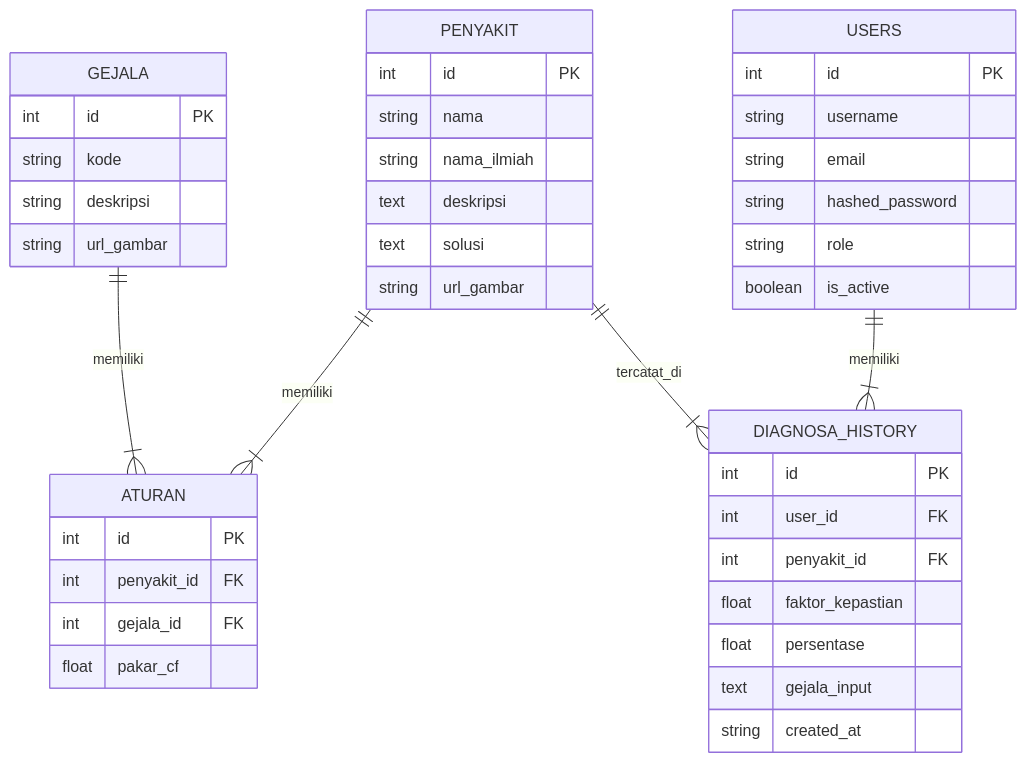
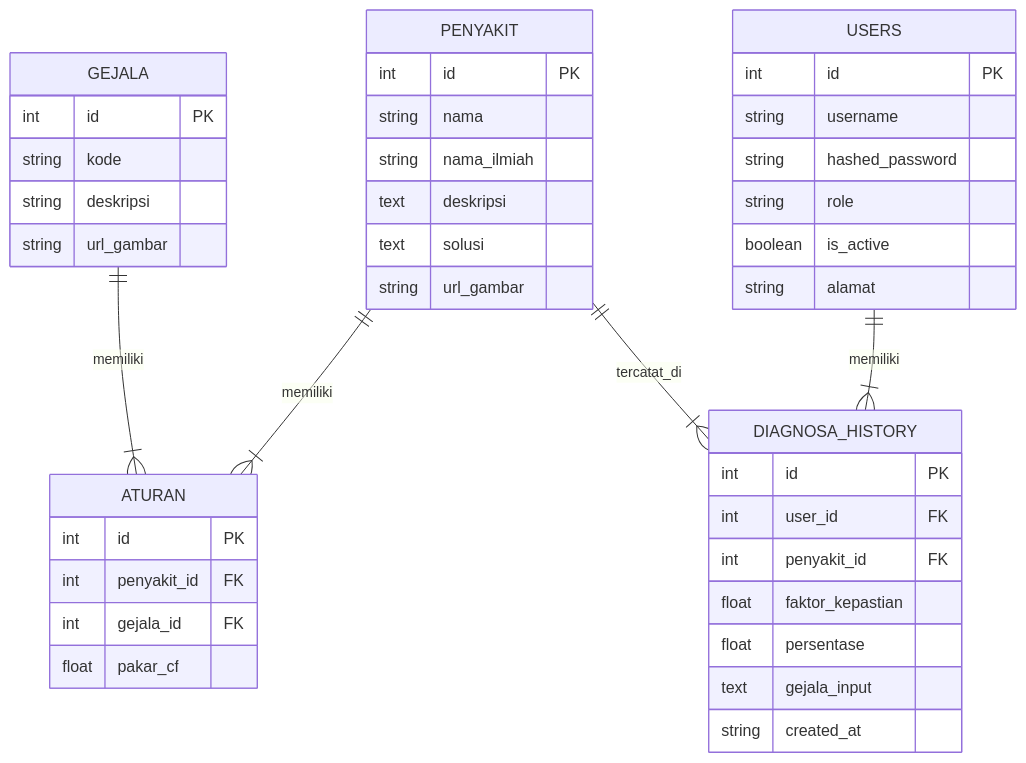
Before and after one commit to RajaSunrise/kangkungku: the third of 7 diagrams in README.md, drawn with Mermaid. The commit also changed other lines of this file and 35 other files, not shown here.

````diff
--- a/README.md
+++ b/README.md
@@ -76,49 +76,49 @@
 ```mermaid
 erDiagram
     PENYAKIT ||--|{ ATURAN : memiliki
     GEJALA ||--|{ ATURAN : memiliki
     USERS ||--|{ DIAGNOSA_HISTORY : memiliki
     PENYAKIT ||--|{ DIAGNOSA_HISTORY : tercatat_di
 
     PENYAKIT {
         int id PK
         string nama
         string nama_ilmiah
         text deskripsi
         text solusi
         string url_gambar
     }
 
     GEJALA {
         int id PK
         string kode
         string deskripsi
         string url_gambar
     }
 
     ATURAN {
         int id PK
         int penyakit_id FK
         int gejala_id FK
         float pakar_cf
     }
 
     USERS {
         int id PK
         string username
-        string email
         string hashed_password
         string role
         boolean is_active
+        string alamat
     }
 
     DIAGNOSA_HISTORY {
         int id PK
         int user_id FK
         int penyakit_id FK
         float faktor_kepastian
         float persentase
         text gejala_input
         string created_at
     }
 ```
````
